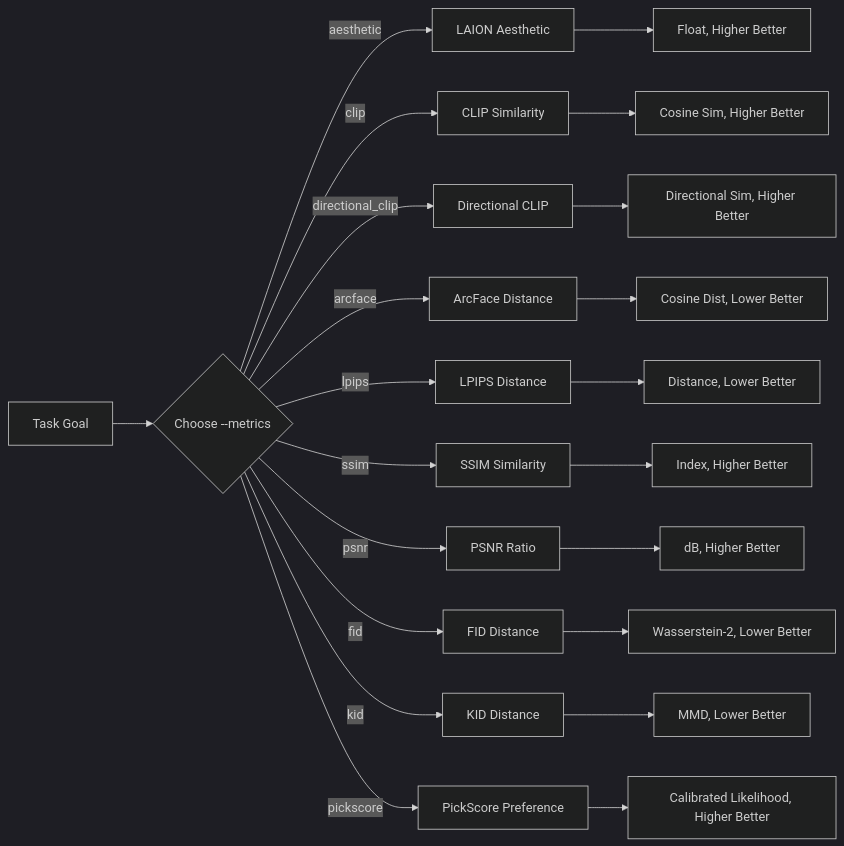
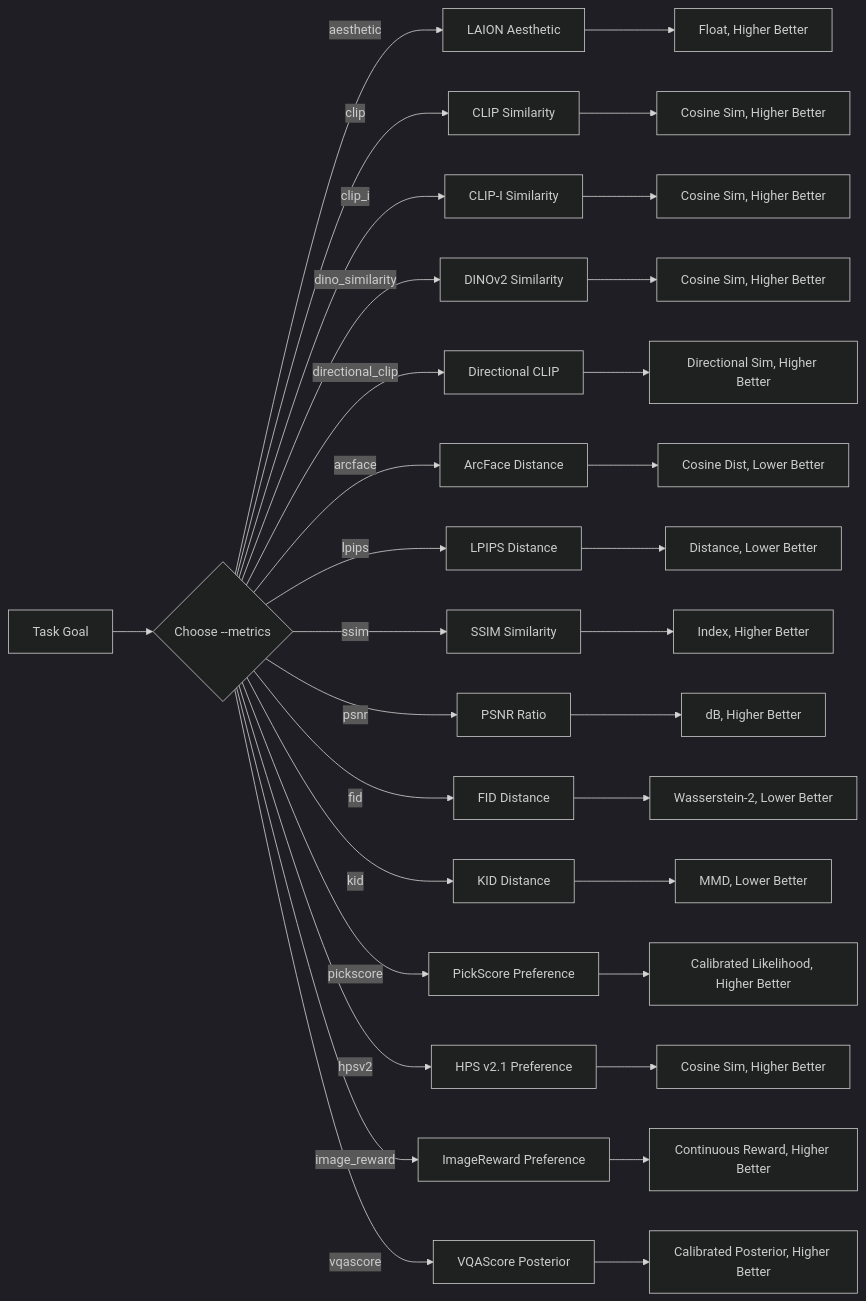
The diagram in README.md (neverbiasu/image-evaluator), drawn with Mermaid (dark theme) before and after one commit. The commit also changed other lines of this file and 32 other files, not shown here.

````diff
--- a/README.md
+++ b/README.md
@@ -7,24 +7,34 @@
 ```mermaid
 flowchart LR
     A[Task Goal] --> B{Choose --metrics}
     B -->|aesthetic| C[LAION Aesthetic]
     B -->|clip| D[CLIP Similarity]
+    B -->|clip_i| W[CLIP-I Similarity]
+    B -->|dino_similarity| Y[DINOv2 Similarity]
     B -->|directional_clip| U[Directional CLIP]
     B -->|arcface| E[ArcFace Distance]
     B -->|lpips| F[LPIPS Distance]
     B -->|ssim| G[SSIM Similarity]
     B -->|psnr| H[PSNR Ratio]
     B -->|fid| O[FID Distance]
     B -->|kid| P[KID Distance]
     B -->|pickscore| S[PickScore Preference]
+    B -->|hpsv2| HPS[HPS v2.1 Preference]
+    B -->|image_reward| IR[ImageReward Preference]
+    B -->|vqascore| VQA[VQAScore Posterior]
     C --> I[Float, Higher Better]
     D --> J[Cosine Sim, Higher Better]
+    W --> X[Cosine Sim, Higher Better]
+    Y --> Z[Cosine Sim, Higher Better]
     U --> V[Directional Sim, Higher Better]
     E --> K[Cosine Dist, Lower Better]
     F --> L[Distance, Lower Better]
     G --> M[Index, Higher Better]
     H --> N[dB, Higher Better]
     O --> Q[Wasserstein-2, Lower Better]
     P --> R[MMD, Lower Better]
     S --> T[Calibrated Likelihood, Higher Better]
+    HPS --> HPS_OUT[Cosine Sim, Higher Better]
+    IR --> IR_OUT[Continuous Reward, Higher Better]
+    VQA --> VQA_OUT[Calibrated Posterior, Higher Better]
 ```
````
